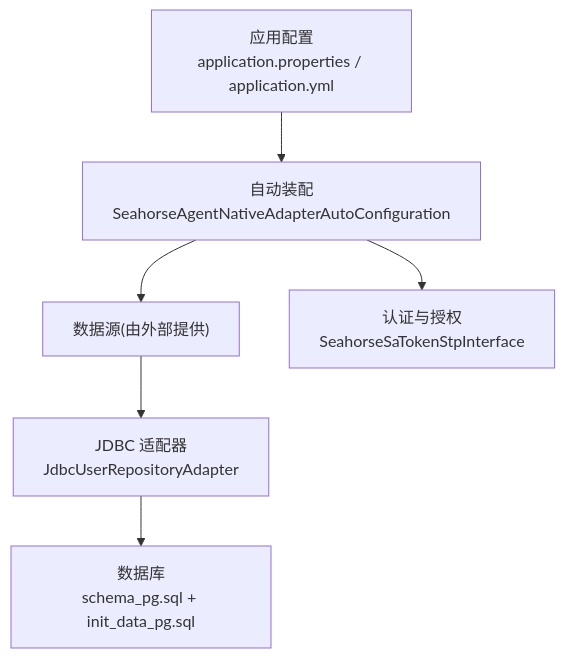
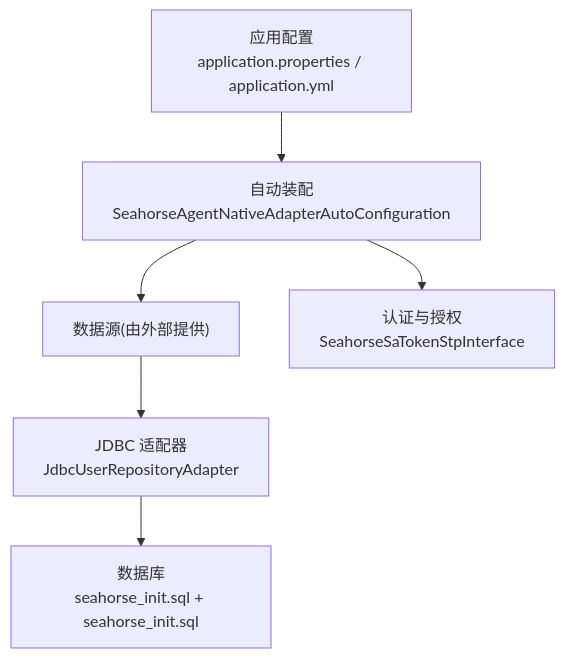
The second of 6 diagrams in docs/zh/content/数据库设计/安全配置.md (onceMisery/seahorse-agent), drawn with Mermaid before and after one commit. The commit also changed other lines of this file and 31 other files, not shown here.

First line of the commit message:
refactor: merge all DDL into seahorse_init.sql, delete redundant scripts

````diff
--- a/docs/zh/content/数据库设计/安全配置.md
+++ b/docs/zh/content/数据库设计/安全配置.md
@@ -115,14 +115,14 @@
 ```mermaid
 graph TB
 CFG["应用配置<br/>application.properties / application.yml"]
 AUTO["自动装配<br/>SeahorseAgentNativeAdapterAutoConfiguration"]
 DS["数据源(由外部提供)"]
 JDBC["JDBC 适配器<br/>JdbcUserRepositoryAdapter"]
-DB["数据库<br/>schema_pg.sql + init_data_pg.sql"]
+DB["数据库<br/>seahorse_init.sql + seahorse_init.sql"]
 AUTH["认证与授权<br/>SeahorseSaTokenStpInterface"]
 CFG --> AUTO
 AUTO --> DS
 DS --> JDBC
 JDBC --> DB
 AUTO --> AUTH
 ```
````
